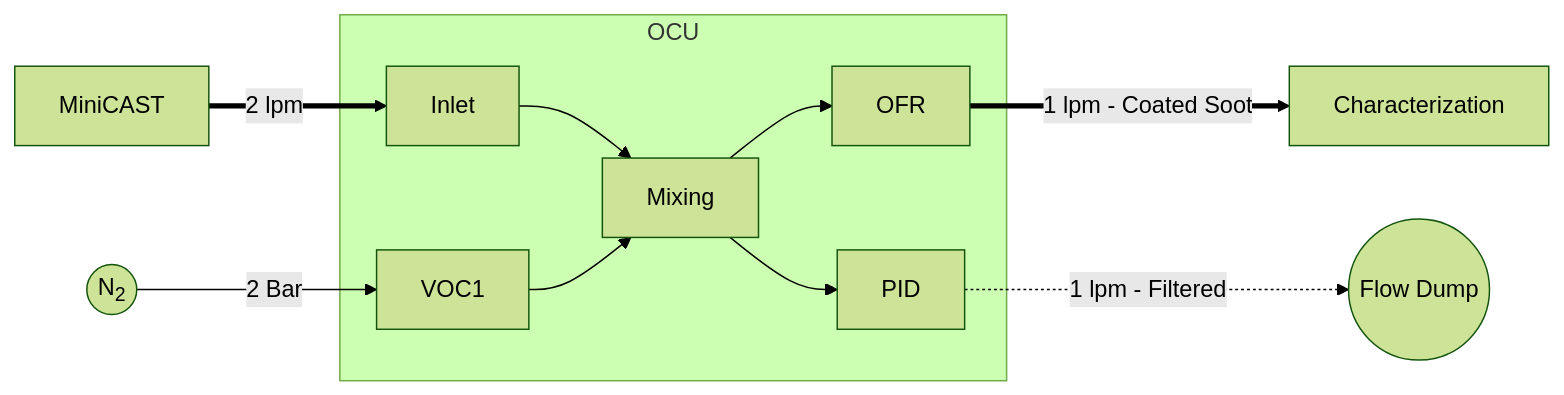
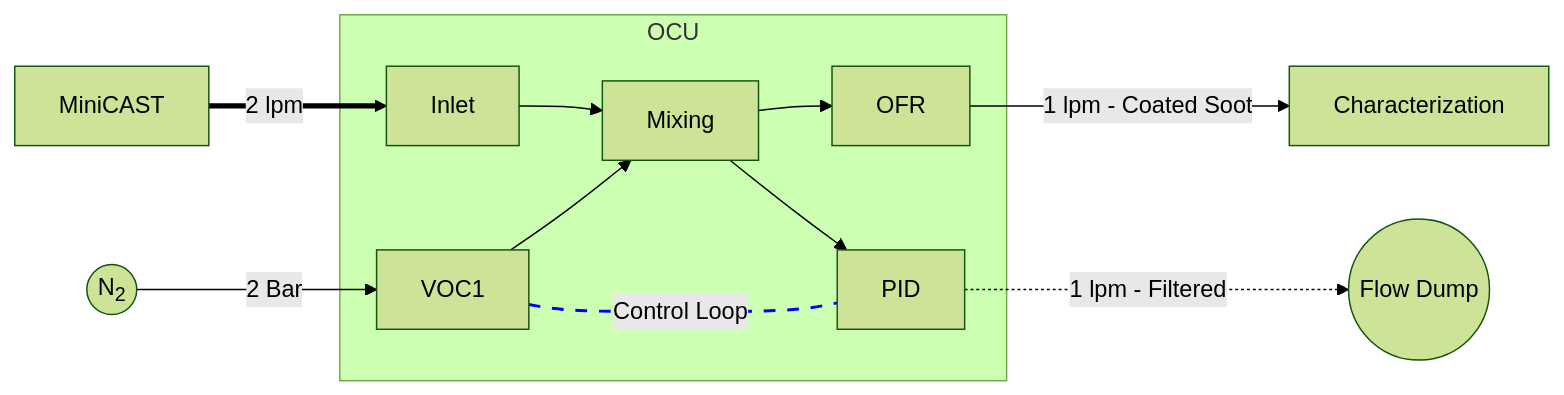
The second of 2 diagrams in docu/quickstart/README.md (alejandrokeller/FATCAT-Scripts), drawn with Mermaid (forest theme) before and after one commit. The commit also changed other lines of this file, not shown here.

````diff
--- a/docu/quickstart/README.md
+++ b/docu/quickstart/README.md
@@ -98,13 +100,15 @@
 ```mermaid
 graph LR
 subgraph OCU
          Inlet[Inlet] --> Mixing
          Mixing --> OFR
          VOC1 --> Mixing
          Mixing --> PID
+         VOC1 -.-|Control Loop| PID
          end
 A[MiniCAST] ==> |2 lpm| Inlet
 D((N<sub>2</sub>)) --> |2 Bar| VOC1
-OFR ==> |1 lpm - Coated Soot| E[Characterization]
+OFR --> |1 lpm - Coated Soot| E[Characterization]
 PID -.1 lpm - Filtered.-> F((Flow Dump))
+linkStyle 4 stroke:blue,stroke-width:2px,curve:natural,stroke-dasharray: 8 8;
 ```
````
